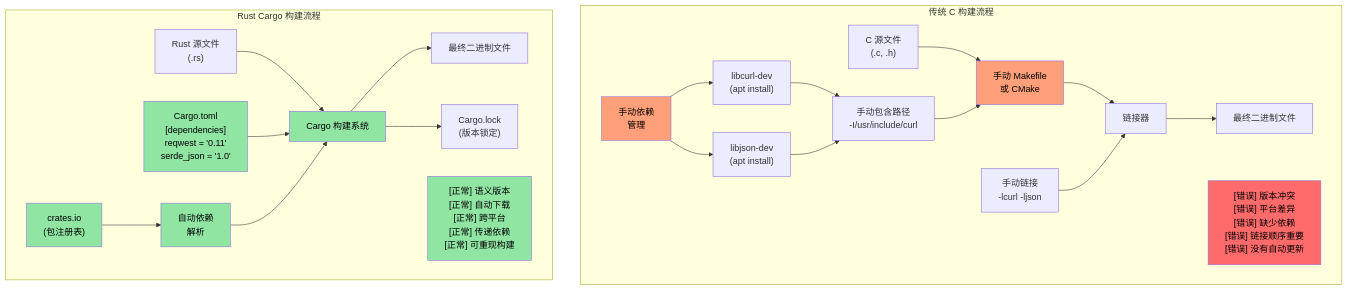
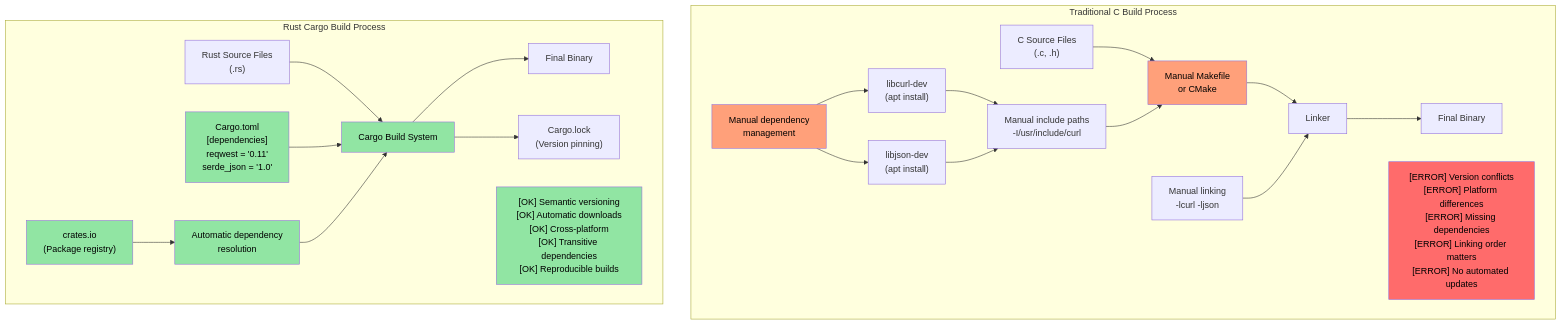
The first of 2 diagrams in src/ch02-getting-started.md (hex623/rust-training-zh), drawn with Mermaid before and after one commit. The commit also changed other lines of this file and 21 other files, not shown here.

````diff
--- a/src/ch02-getting-started.md
+++ b/src/ch02-getting-started.md
@@ -43,58 +43,58 @@
 ```mermaid
 graph TD
-    subgraph "传统 C 构建流程"
-        CC["C 源文件<br/>(.c, .h)"]
-        CM["手动 Makefile<br/>或 CMake"]
-        CL["链接器"]
-        CB["最终二进制文件"]
+    subgraph "Traditional C Build Process"
+        CC["C Source Files<br/>(.c, .h)"]
+        CM["Manual Makefile<br/>or CMake"]
+        CL["Linker"]
+        CB["Final Binary"]
         
         CC --> CM
         CM --> CL
         CL --> CB
         
-        CDep["手动依赖<br/>管理"]
+        CDep["Manual dependency<br/>management"]
         CLib1["libcurl-dev<br/>(apt install)"]
         CLib2["libjson-dev<br/>(apt install)"]
-        CInc["手动包含路径<br/>-I/usr/include/curl"]
-        CLink["手动链接<br/>-lcurl -ljson"]
+        CInc["Manual include paths<br/>-I/usr/include/curl"]
+        CLink["Manual linking<br/>-lcurl -ljson"]
         
         CDep --> CLib1
         CDep --> CLib2
         CLib1 --> CInc
         CLib2 --> CInc
         CInc --> CM
         CLink --> CL
         
-        C_ISSUES["[错误] 版本冲突<br/>[错误] 平台差异<br/>[错误] 缺少依赖<br/>[错误] 链接顺序重要<br/>[错误] 没有自动更新"]
+        C_ISSUES["[ERROR] Version conflicts<br/>[ERROR] Platform differences<br/>[ERROR] Missing dependencies<br/>[ERROR] Linking order matters<br/>[ERROR] No automated updates"]
     end
     
-    subgraph "Rust Cargo 构建流程"
-        RS["Rust 源文件<br/>(.rs)"]
+    subgraph "Rust Cargo Build Process"
+        RS["Rust Source Files<br/>(.rs)"]
         CT["Cargo.toml<br/>[dependencies]<br/>reqwest = '0.11'<br/>serde_json = '1.0'"]
-        CRG["Cargo 构建系统"]
-        RB["最终二进制文件"]
+        CRG["Cargo Build System"]
+        RB["Final Binary"]
         
         RS --> CRG
         CT --> CRG
         CRG --> RB
         
-        CRATES["crates.io<br/>(包注册表)"]
-        DEPS["自动依赖<br/>解析"]
-        LOCK["Cargo.lock<br/>(版本锁定)"]
+        CRATES["crates.io<br/>(Package registry)"]
+        DEPS["Automatic dependency<br/>resolution"]
+        LOCK["Cargo.lock<br/>(Version pinning)"]
         
         CRATES --> DEPS
         DEPS --> CRG
         CRG --> LOCK
         
-        R_BENEFITS["[正常] 语义版本<br/>[正常] 自动下载<br/>[正常] 跨平台<br/>[正常] 传递依赖<br/>[正常] 可重现构建"]
+        R_BENEFITS["[OK] Semantic versioning<br/>[OK] Automatic downloads<br/>[OK] Cross-platform<br/>[OK] Transitive dependencies<br/>[OK] Reproducible builds"]
     end
     
     style C_ISSUES fill:#ff6b6b,color:#000
     style R_BENEFITS fill:#91e5a3,color:#000
     style CM fill:#ffa07a,color:#000
     style CDep fill:#ffa07a,color:#000
     style CT fill:#91e5a3,color:#000
     style CRG fill:#91e5a3,color:#000
     style DEPS fill:#91e5a3,color:#000
     style CRATES fill:#91e5a3,color:#000
 ```
````
